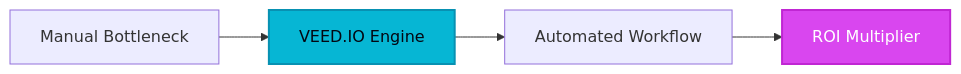
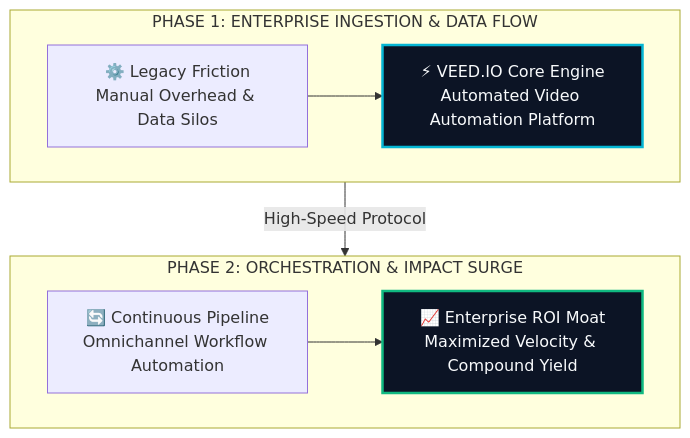
Before and after one commit to heliatech-media/saas-radar: the diagram in site/src/content/blog/veed-io-evolution-guide-2026.md, drawn with Mermaid. The commit also changed 97 other files, not shown here.

First line of the commit message:
feat(diagrams): upgrade all article architecture schemas to high-impact 2-tier responsive vector blueprints

````diff
--- a/site/src/content/blog/veed-io-evolution-guide-2026.md
+++ b/site/src/content/blog/veed-io-evolution-guide-2026.md
@@ -58,8 +58,14 @@
 ```mermaid
-flowchart LR
-    A[Manual Bottleneck] --> B[VEED.IO Engine]
-    B --> C[Automated Workflow]
-    C --> D[ROI Multiplier]
-    style B fill:#06b6d4,stroke:#0891b2,stroke-width:2px,color:#030712
-    style D fill:#d946ef,stroke:#c026d3,stroke-width:2px,color:#ffffff
+flowchart TD
+    subgraph S1["PHASE 1: ENTERPRISE INGESTION & DATA FLOW"]
+        direction LR
+        A["⚙️ Legacy Friction<br/>Manual Overhead & Data Silos"] --> B["⚡ VEED.IO Core Engine<br/>Automated Video Automation Platform"]
+    end
+    subgraph S2["PHASE 2: ORCHESTRATION & IMPACT SURGE"]
+        direction LR
+        C["🔄 Continuous Pipeline<br/>Omnichannel Workflow Automation"] --> D["📈 Enterprise ROI Moat<br/>Maximized Velocity & Compound Yield"]
+    end
+    S1 -->|High-Speed Protocol| S2
+    style B fill:#0c1425,stroke:#06b6d4,stroke-width:2.5px,color:#f8fafc
+    style D fill:#0c1425,stroke:#10b981,stroke-width:2.5px,color:#f8fafc
 ```
````
